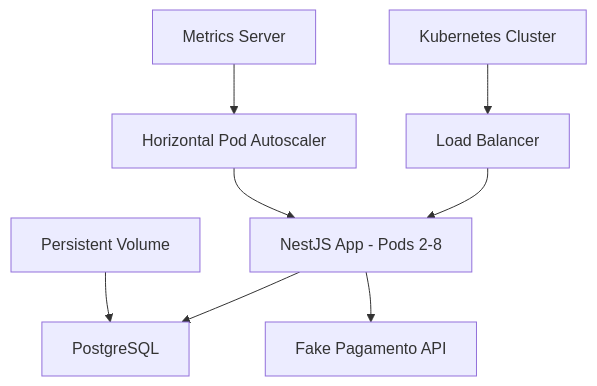
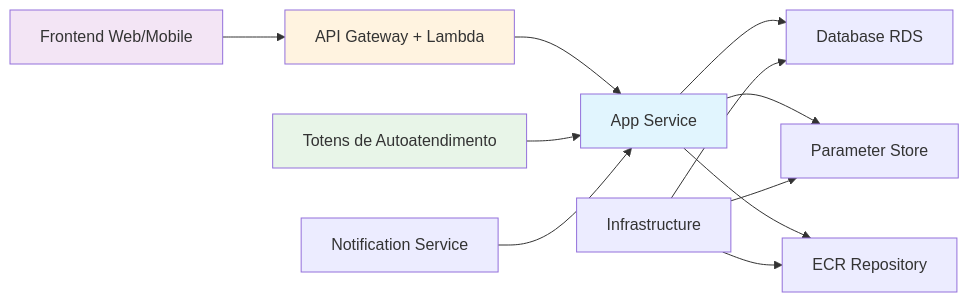
Before and after one commit to FIAP-Tech-Challange/app-service: the first of 6 diagrams in README.md, drawn with Mermaid. The commit also changed other lines of this file, not shown here.

````diff
--- a/README.md
+++ b/README.md
@@ -36,10 +20,21 @@
 ```mermaid
-graph TD
-    A[Load Balancer] --> B[NestJS App - Pods 2-8]
-    B --> C[PostgreSQL]
-    B --> D[Fake Pagamento API]
-    E[Horizontal Pod Autoscaler] --> B
-    F[Metrics Server] --> E
-    G[Kubernetes Cluster] --> A
-    H[Persistent Volume] --> C
+graph LR
+    A[Frontend Web/Mobile] --> B[API Gateway + Lambda]
+    B --> C[App Service]
+    
+    T[Totens de Autoatendimento] --> C
+    
+    C --> D[Database RDS]
+    C --> E[Parameter Store]
+    C --> F[ECR Repository]
+    
+    G[Infrastructure] --> D
+    G --> E
+    G --> F
+    H[Notification Service] --> C
+    
+    style C fill:#e1f5fe
+    style B fill:#fff3e0
+    style A fill:#f3e5f5
+    style T fill:#e8f5e8
 ```
````
